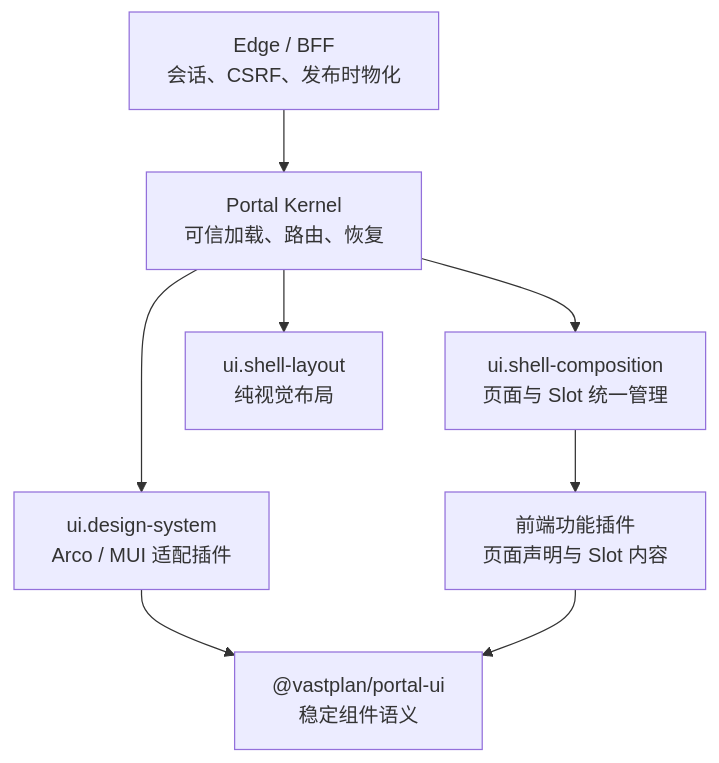
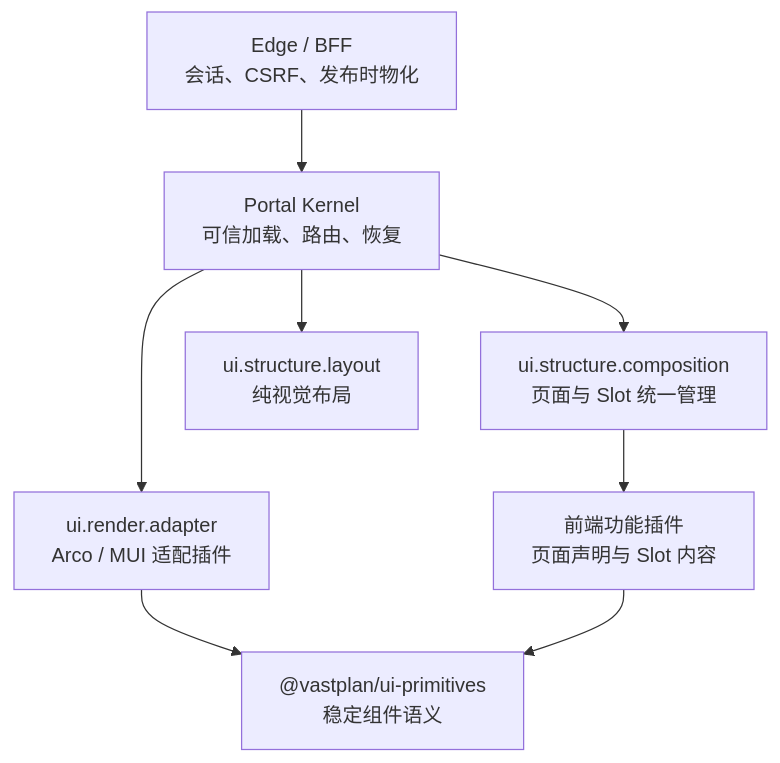
Before and after one commit to yandt/VastPlan: the diagram in docs/dev/architecture/前端门户内核.md, drawn with Mermaid. The commit also changed other lines of this file and 355 other files, not shown here.

````diff
--- a/docs/dev/architecture/前端门户内核.md
+++ b/docs/dev/architecture/前端门户内核.md
@@ -11,10 +11,10 @@
 ```mermaid
 flowchart TB
   BFF["Edge / BFF\n会话、CSRF、发布时物化"] --> PK["Portal Kernel\n可信加载、路由、恢复"]
-  PK --> DS["ui.design-system\nArco / MUI 适配插件"]
-  PK --> SC["ui.shell-composition\n页面与 Slot 统一管理"]
-  PK --> SL["ui.shell-layout\n纯视觉布局"]
+  PK --> DS["ui.render.adapter\nArco / MUI 适配插件"]
+  PK --> SC["ui.structure.composition\n页面与 Slot 统一管理"]
+  PK --> SL["ui.structure.layout\n纯视觉布局"]
   SC --> FP["前端功能插件\n页面声明与 Slot 内容"]
-  DS --> UI["@vastplan/portal-ui\n稳定组件语义"]
+  DS --> UI["@vastplan/ui-primitives\n稳定组件语义"]
   FP --> UI
 ```
````
